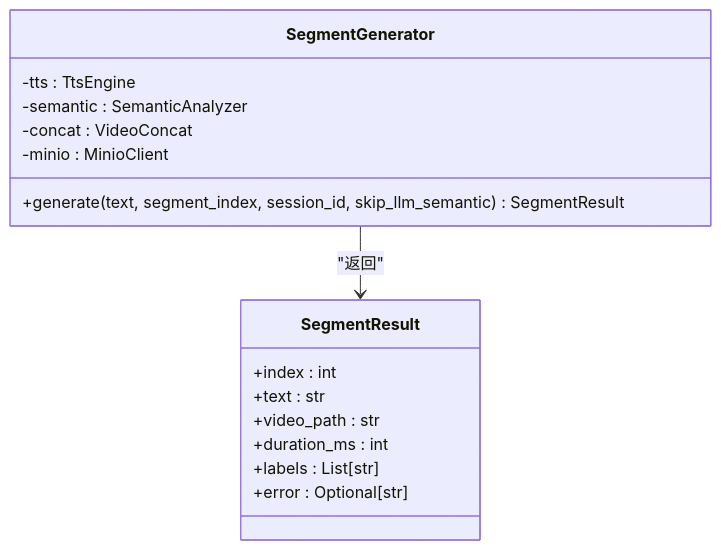
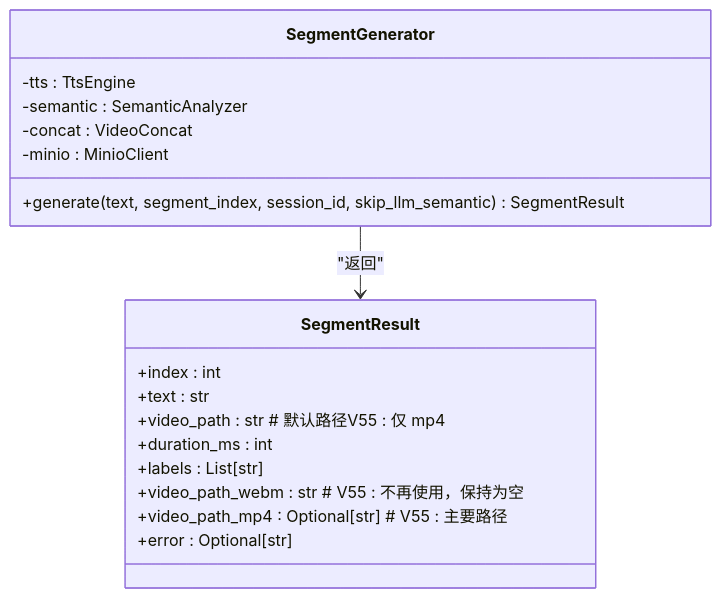
One commit to leo21cn/real-time-talk changed the fourth of 10 diagrams in .qoder/repowiki/zh/content/后端服务/多媒体处理流水线/多媒体处理流水线.md. Above: the diagram before and after it, drawn with Mermaid. The commit also changed other lines of this file and 9 other files, not shown here.

````diff
--- a/.qoder/repowiki/zh/content/后端服务/多媒体处理流水线/多媒体处理流水线.md
+++ b/.qoder/repowiki/zh/content/后端服务/多媒体处理流水线/多媒体处理流水线.md
@@ -219,19 +257,21 @@
 ```mermaid
 classDiagram
 class SegmentGenerator {
 -tts : TtsEngine
 -semantic : SemanticAnalyzer
 -concat : VideoConcat
 -minio : MinioClient
 +generate(text, segment_index, session_id, skip_llm_semantic) SegmentResult
 }
 class SegmentResult {
 +index : int
 +text : str
-+video_path : str
++video_path : str # 默认路径V55 : 仅 mp4
 +duration_ms : int
 +labels : List[str]
++video_path_webm : str # V55 : 不再使用，保持为空
++video_path_mp4 : Optional[str] # V55 : 主要路径
 +error : Optional[str]
 }
 SegmentGenerator --> SegmentResult : "返回"
 ```
````
